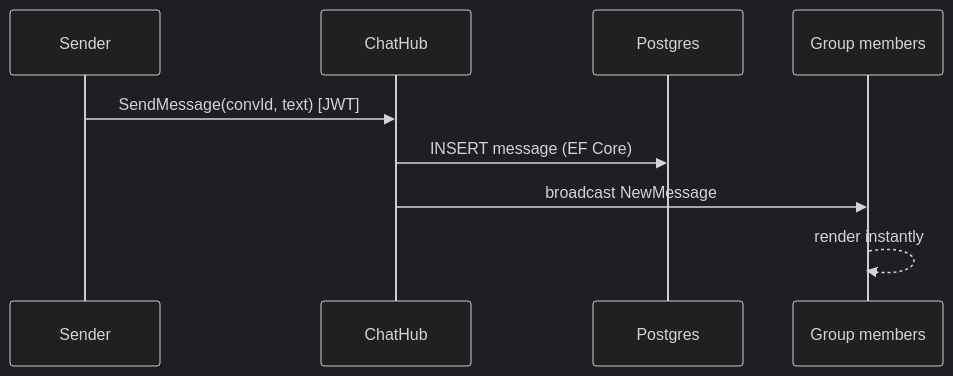
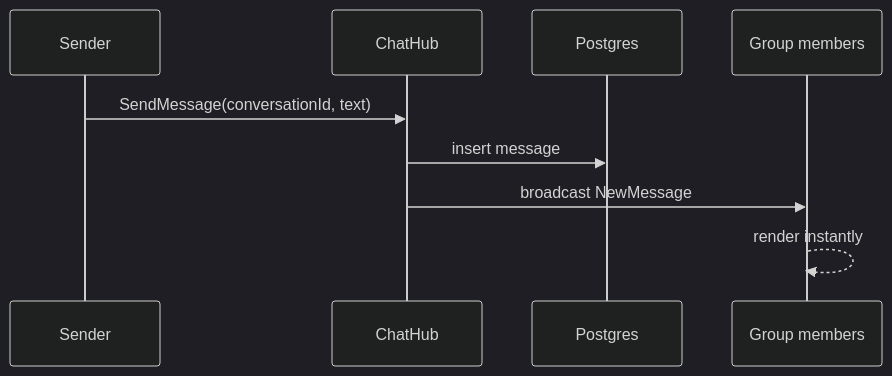
The fourth of 5 diagrams in docs/backend-system-design-and-architecture.md (phanxuanquang/jetomax-assignment), drawn with Mermaid (dark theme) before and after one commit. The commit also changed other lines of this file and 5 other files, not shown here.

````diff
--- a/docs/backend-system-design-and-architecture.md
+++ b/docs/backend-system-design-and-architecture.md
@@ -249,11 +235,11 @@
 ```mermaid
 sequenceDiagram
     participant U as Sender
     participant H as ChatHub
     participant DB as Postgres
     participant G as Group members
-    U->>H: SendMessage(convId, text)  [JWT]
-    H->>DB: INSERT message (EF Core)
+    U->>H: SendMessage(conversationId, text)
+    H->>DB: insert message
     H->>G: broadcast NewMessage
     G-->>G: render instantly
 ```
````
